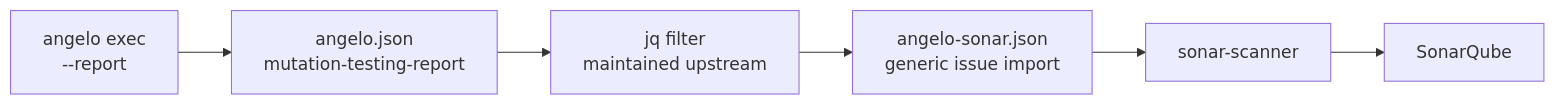
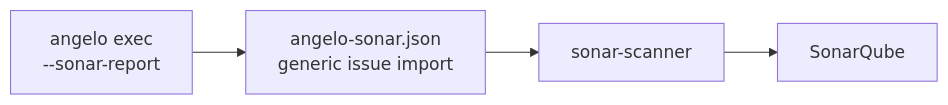
Before and after one commit to kvandeh/Angelo: the diagram in docs/09-sonarqube.md, drawn with Mermaid. The commit also changed other lines of this file and 15 other files, not shown here.

````diff
--- a/docs/09-sonarqube.md
+++ b/docs/09-sonarqube.md
@@ -35,8 +34,6 @@
 ```mermaid
 flowchart LR
-    A[angelo exec<br>--report] --> B[angelo.json<br>mutation-testing-report]
-    B --> C[jq filter<br>maintained upstream]
-    C --> D[angelo-sonar.json<br>generic issue import]
-    D --> E[sonar-scanner]
-    E --> F[SonarQube]
+    A[angelo exec<br>--sonar-report] --> B[angelo-sonar.json<br>generic issue import]
+    B --> C[sonar-scanner]
+    C --> D[SonarQube]
 ```
````
